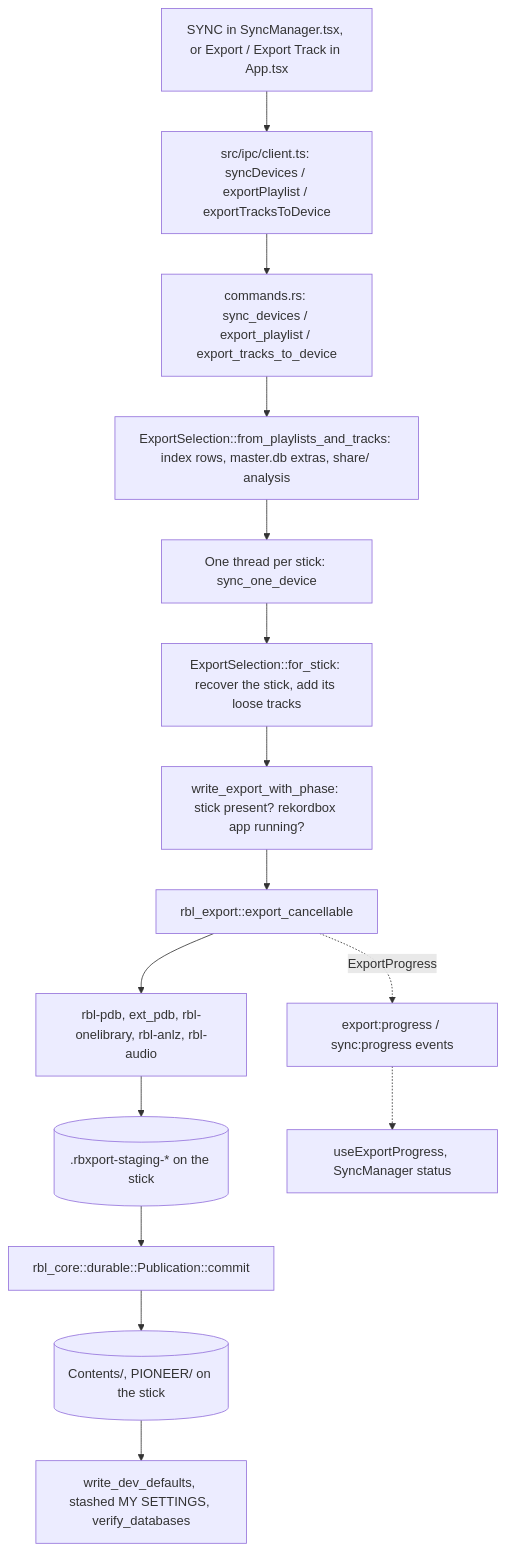
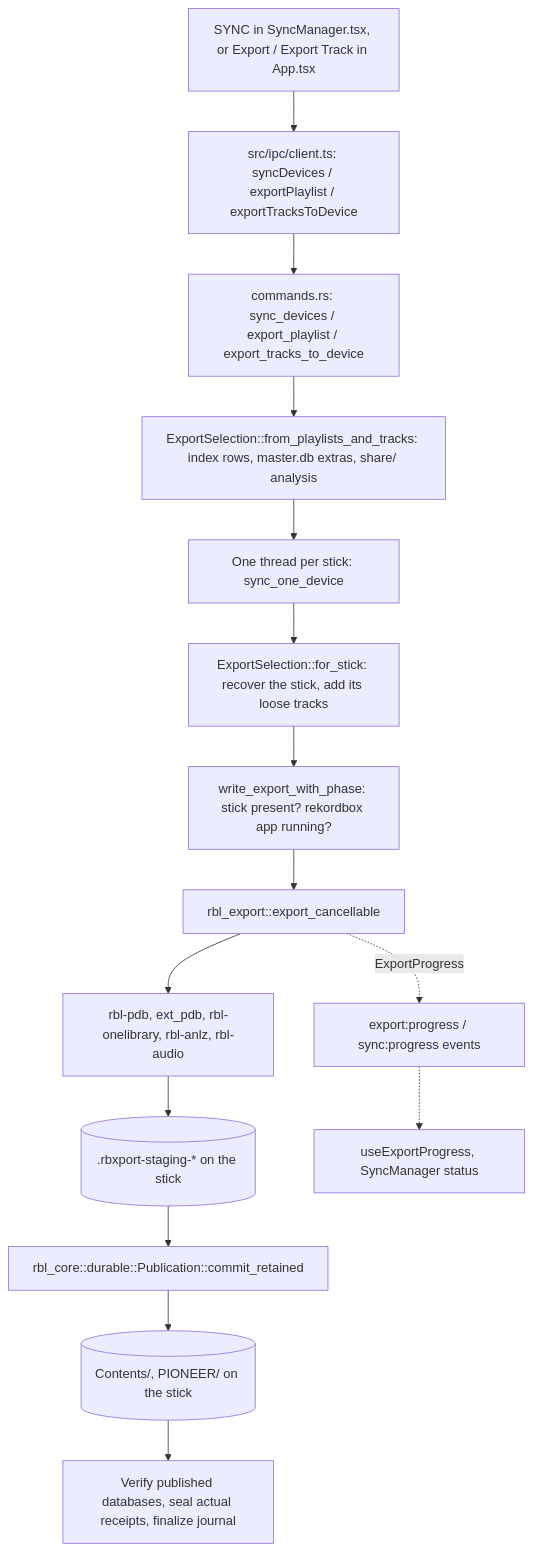
One commit to chrisle/rbxport changed the first of 3 diagrams in docs/reference/usb-export-pipeline.md. Above: the diagram before and after it, drawn with Mermaid. The commit also changed other lines of this file and 25 other files, not shown here.

````diff
--- a/docs/reference/usb-export-pipeline.md
+++ b/docs/reference/usb-export-pipeline.md
@@ -129,17 +129,17 @@
 ```mermaid
 flowchart TD
     Click[SYNC in SyncManager.tsx, or Export / Export Track in App.tsx] --> IPC[src/ipc/client.ts: syncDevices / exportPlaylist / exportTracksToDevice]
     IPC --> Cmd[commands.rs: sync_devices / export_playlist / export_tracks_to_device]
     Cmd --> Sel[ExportSelection::from_playlists_and_tracks: index rows, master.db extras, share/ analysis]
     Sel --> Per[One thread per stick: sync_one_device]
     Per --> Stick[ExportSelection::for_stick: recover the stick, add its loose tracks]
     Stick --> Guard[write_export_with_phase: stick present? rekordbox app running?]
     Guard --> Export[rbl_export::export_cancellable]
     Export --> Writers[rbl-pdb, ext_pdb, rbl-onelibrary, rbl-anlz, rbl-audio]
     Writers --> Stage[(.rbxport-staging-* on the stick)]
-    Stage --> Commit[rbl_core::durable::Publication::commit]
+    Stage --> Commit[rbl_core::durable::Publication::commit_retained]
     Commit --> Files[(Contents/, PIONEER/ on the stick)]
     Export -. ExportProgress .-> Events[export:progress / sync:progress events]
     Events -.-> UI[useExportProgress, SyncManager status]
-    Files --> After[write_dev_defaults, stashed MY SETTINGS, verify_databases]
+    Files --> After[Verify published databases, seal actual receipts, finalize journal]
 ```
````
